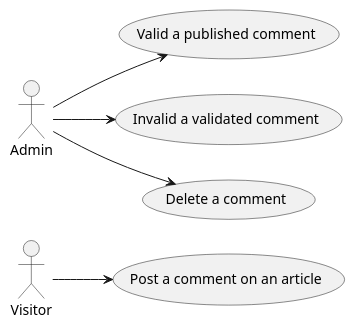
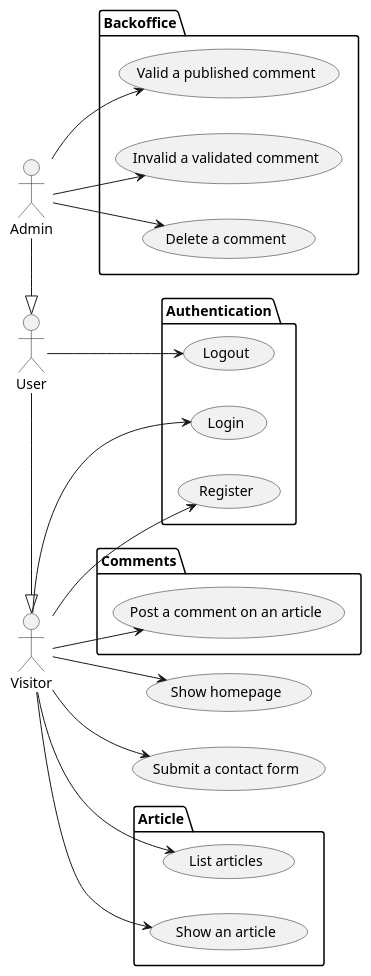
The diagram in diagrams/comments/usecases.puml (AlexandreGerault/OpenClassrooms_Blog), drawn with PlantUML before and after one commit. The commit also changed 7 other files, not shown here.

Commit message:
doc(uml): add missing diagramms

```diff
--- a/diagrams/comments/usecases.puml
+++ b/diagrams/comments/usecases.puml
@@ -1,14 +1,45 @@
 @startuml
 
 left to right direction
 
-usecase "Post a comment on an article" as PostComment
-usecase "Valid a published comment" as ValidComment
-usecase "Invalid a validated comment" as InvalidComment
-usecase "Delete a comment" as DeleteComment
+package Backoffice {
+    usecase "Valid a published comment" as ValidComment
+    usecase "Invalid a validated comment" as InvalidComment
+    usecase "Delete a comment" as DeleteComment
+}
+
+package Article {
+    usecase "List articles" as ArticleIndex
+    usecase "Show an article" as ArticleShow
+}
+
+package Comments {
+    usecase "Post a comment on an article" as PostComment
+}
+
+package Authentication {
+    usecase Login
+    usecase Logout
+    usecase Register
+}
+
+usecase "Show homepage" as HomepageShow
+usecase "Submit a contact form" as ContactSubmit
+
+:User: -|> :Visitor:
+:Admin: -|> :User:
 
 :Visitor: --> PostComment
+:Visitor: --> Login
+:Visitor: --> Register
+:Visitor: --> ArticleIndex
+:Visitor: --> ArticleShow
+:Visitor: --> HomepageShow
+:Visitor: --> ContactSubmit
+
+:User: --> Logout
+
 :Admin: --> ValidComment
 :Admin: --> InvalidComment
 :Admin: --> DeleteComment
 @enduml
```
